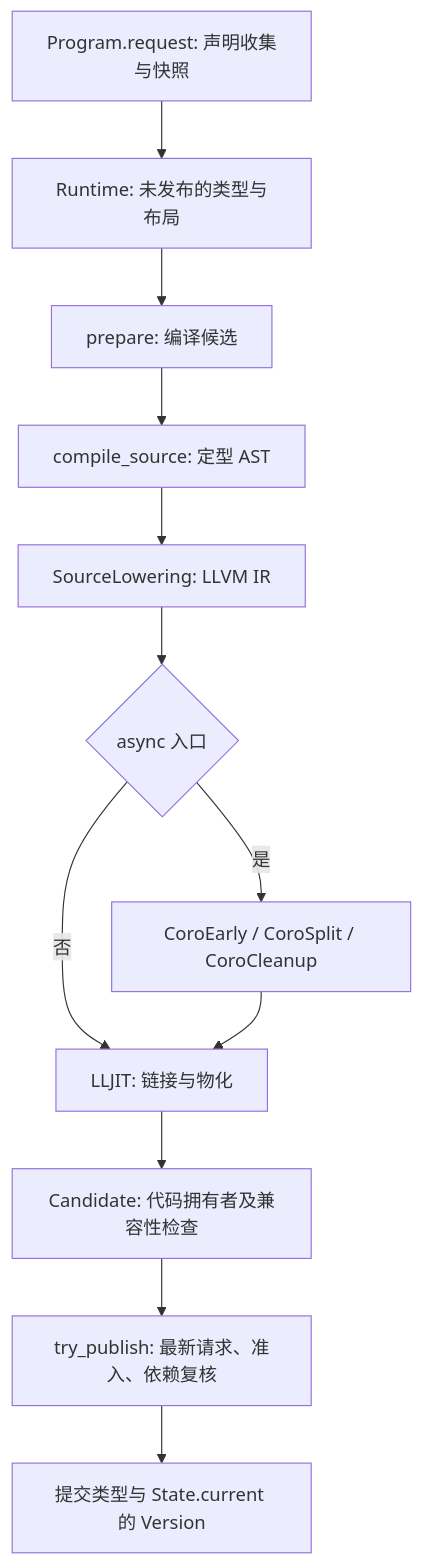
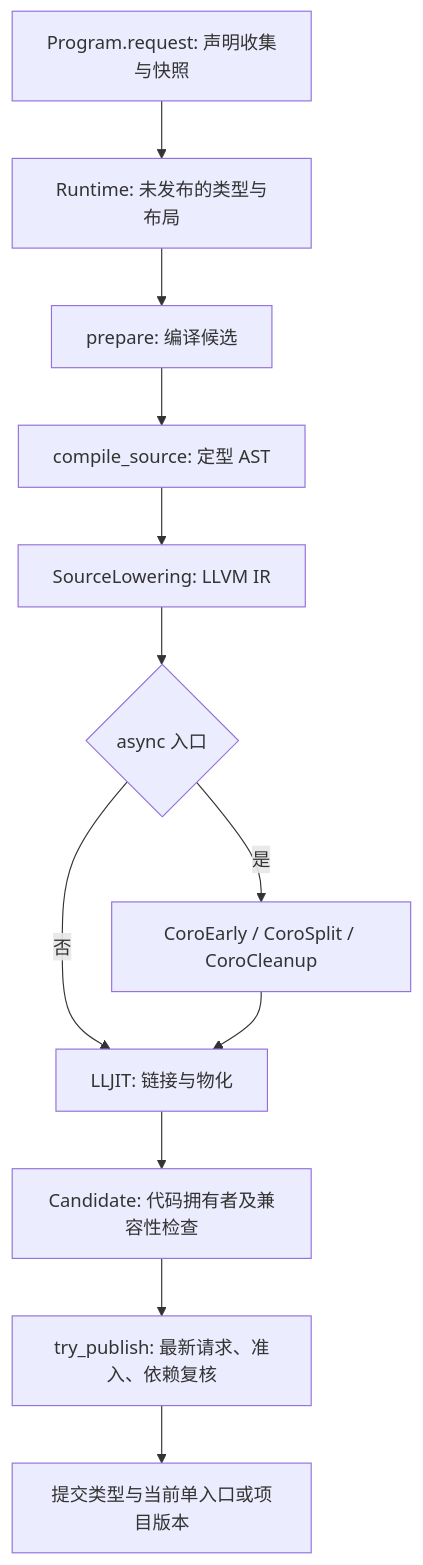
The diagram in docs/runtime-structure.md (ySion/FrostFoxAtelier), drawn with Mermaid before and after one commit. The commit also changed other lines of this file and 139 other files, not shown here.

````diff
--- a/docs/runtime-structure.md
+++ b/docs/runtime-structure.md
@@ -36,14 +36,14 @@
 ```mermaid
 flowchart TD
     Request[Program.request: 声明收集与快照] --> Types[Runtime: 未发布的类型与布局]
     Types --> Prepare[prepare: 编译候选]
     Prepare --> Front[compile_source: 定型 AST]
     Front --> Lower[SourceLowering: LLVM IR]
     Lower --> Coro{async 入口}
     Coro -->|是| Split[CoroEarly / CoroSplit / CoroCleanup]
     Coro -->|否| JIT[LLJIT: 链接与物化]
     Split --> JIT
     JIT --> Candidate[Candidate: 代码拥有者及兼容性检查]
     Candidate --> Publish[try_publish: 最新请求、准入、依赖复核]
-    Publish --> Current[提交类型与 State.current 的 Version]
+    Publish --> Current[提交类型与当前单入口或项目版本]
 ```
````
